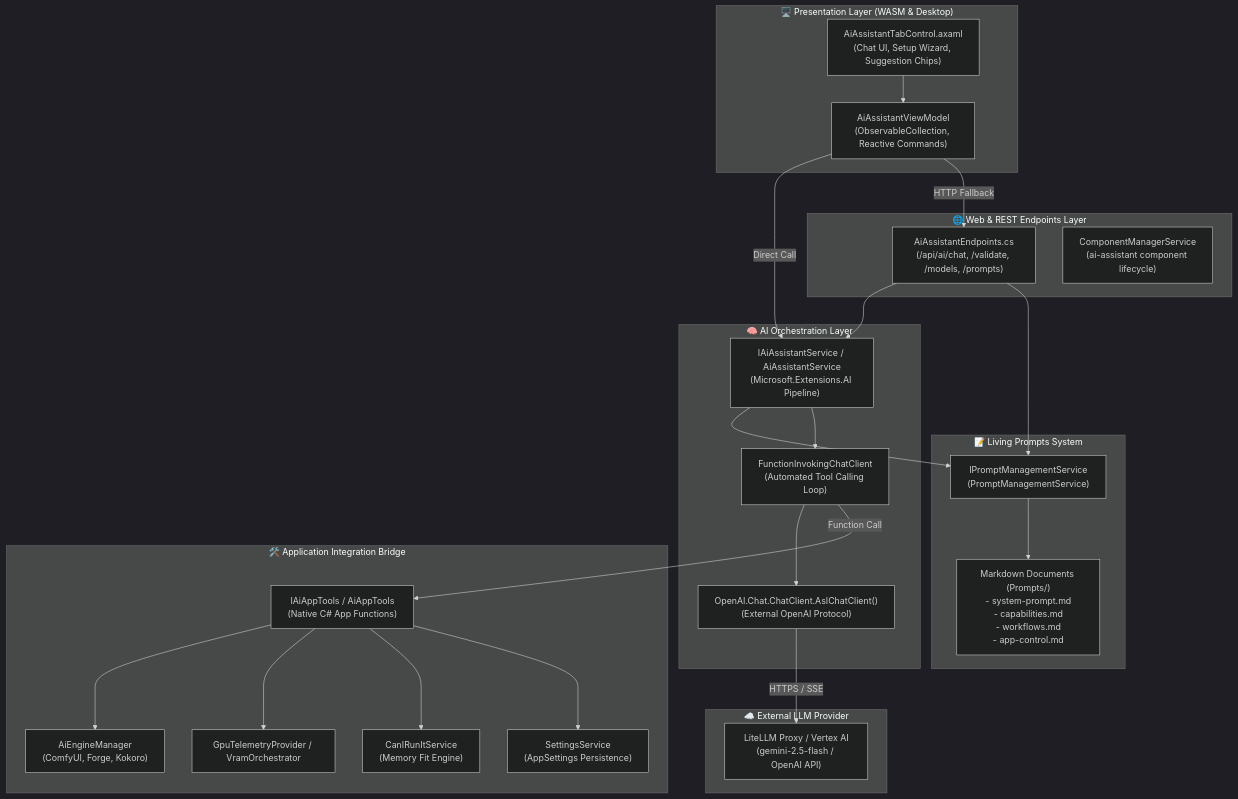
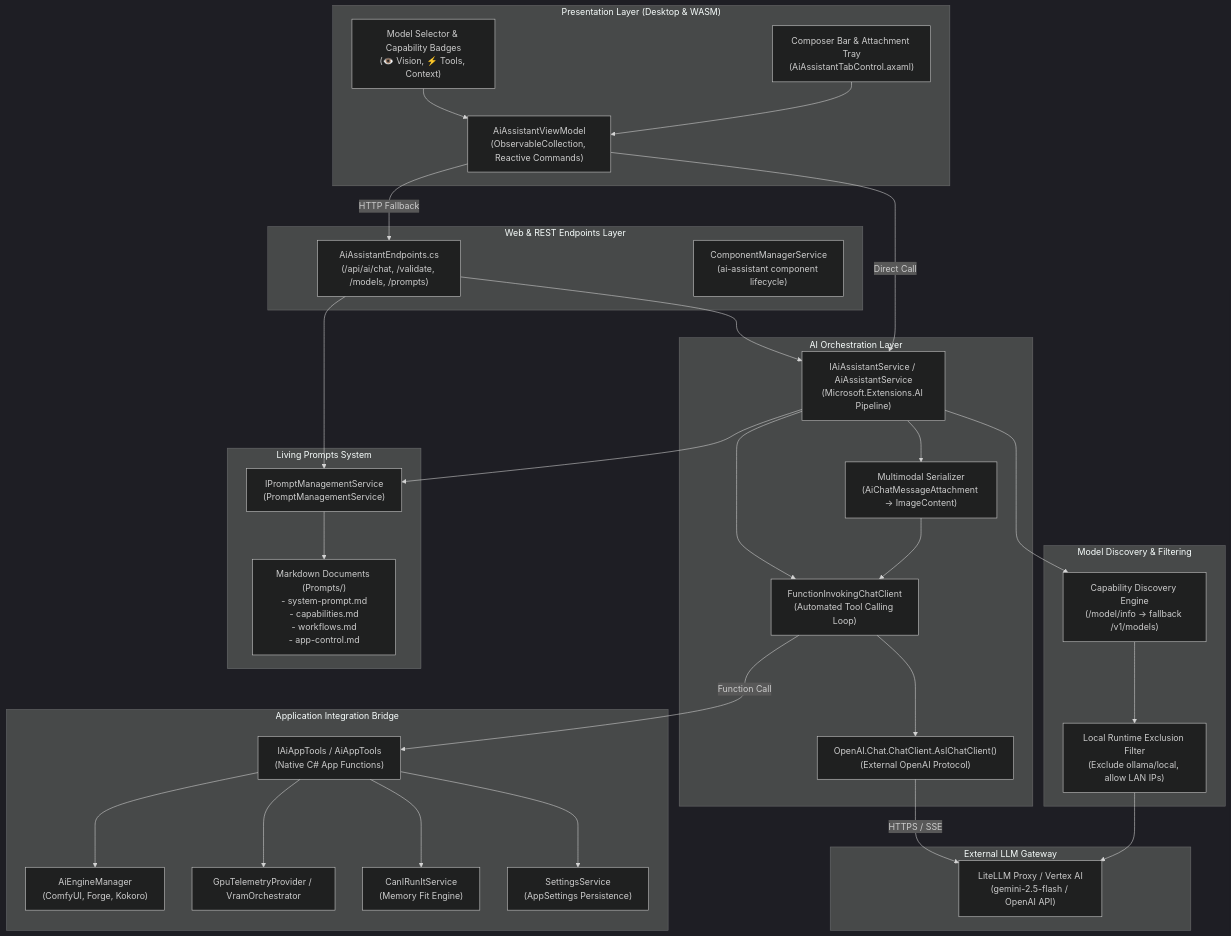
One commit to spelech/LocalLLMServerManager changed the first of 3 diagrams in docs/ai_assistant/ARCHITECTURE.md. Above: the diagram before and after it, drawn with Mermaid (dark theme). The commit also changed other lines of this file and 3 other files, not shown here.

Commit message:
docs: update AI assistant documentation with model capabilities and multimodal support

````diff
--- a/docs/ai_assistant/ARCHITECTURE.md
+++ b/docs/ai_assistant/ARCHITECTURE.md
@@ -9,51 +19,64 @@
 ```mermaid
 flowchart TD
-    subgraph UI_Layer["🖥️ Presentation Layer (WASM & Desktop)"]
-        Tab["AiAssistantTabControl.axaml\n(Chat UI, Setup Wizard, Suggestion Chips)"]
+    subgraph UI_Layer["Presentation Layer (Desktop & WASM)"]
+        Composer["Composer Bar & Attachment Tray\n(AiAssistantTabControl.axaml)"]
+        ModelSelect["Model Selector & Capability Badges\n(👁️ Vision, ⚡ Tools, Context)"]
         VM["AiAssistantViewModel\n(ObservableCollection, Reactive Commands)"]
     end
 
-    subgraph API_Layer["🌐 Web & REST Endpoints Layer"]
+    subgraph API_Layer["Web & REST Endpoints Layer"]
         Endpoints["AiAssistantEndpoints.cs\n(/api/ai/chat, /validate, /models, /prompts)"]
         ComponentPack["ComponentManagerService\n(ai-assistant component lifecycle)"]
     end
 
-    subgraph Orchestration_Layer["🧠 AI Orchestration Layer"]
+    subgraph Discovery_Layer["Model Discovery & Filtering"]
+        Discovery["Capability Discovery Engine\n(/model/info -> fallback /v1/models)"]
+        Filter["Local Runtime Exclusion Filter\n(Exclude ollama/local, allow LAN IPs)"]
+    end
+
+    subgraph Orchestration_Layer["AI Orchestration Layer"]
         Service["IAiAssistantService / AiAssistantService\n(Microsoft.Extensions.AI Pipeline)"]
+        Multimodal["Multimodal Serializer\n(AiChatMessageAttachment -> ImageContent)"]
         Invoker["FunctionInvokingChatClient\n(Automated Tool Calling Loop)"]
         Client["OpenAI.Chat.ChatClient.AsIChatClient()\n(External OpenAI Protocol)"]
     end
 
-    subgraph Prompt_Layer["📝 Living Prompts System"]
+    subgraph Prompt_Layer["Living Prompts System"]
         PromptService["IPromptManagementService\n(PromptManagementService)"]
         PromptsDisk["Markdown Documents (Prompts/)\n- system-prompt.md\n- capabilities.md\n- workflows.md\n- app-control.md"]
     end
 
-    subgraph Bridge_Layer["🛠️ Application Integration Bridge"]
+    subgraph Bridge_Layer["Application Integration Bridge"]
         Tools["IAiAppTools / AiAppTools\n(Native C# App Functions)"]
         Engines["AiEngineManager\n(ComfyUI, Forge, Kokoro)"]
         VRAM["GpuTelemetryProvider / VramOrchestrator"]
         Hardware["CanIRunItService\n(Memory Fit Engine)"]
         Settings["SettingsService\n(AppSettings Persistence)"]
     end
 
-    subgraph Remote_LLM["☁️ External LLM Provider"]
+    subgraph Remote_LLM["External LLM Gateway"]
         LiteLLM["LiteLLM Proxy / Vertex AI\n(gemini-2.5-flash / OpenAI API)"]
     end
 
-    Tab --> VM
+    Composer --> VM
+    ModelSelect --> VM
     VM -->|Direct Call| Service
     VM -->|HTTP Fallback| Endpoints
     Endpoints --> Service
     Endpoints --> PromptService
+    Service --> Discovery
+    Discovery --> Filter
+    Filter --> LiteLLM
     Service --> PromptService
     PromptService --> PromptsDisk
+    Service --> Multimodal
+    Multimodal --> Invoker
     Service --> Invoker
     Invoker --> Client
     Client -->|HTTPS / SSE| LiteLLM
     Invoker -->|Function Call| Tools
     Tools --> Engines
     Tools --> VRAM
     Tools --> Hardware
     Tools --> Settings
 ```
````
